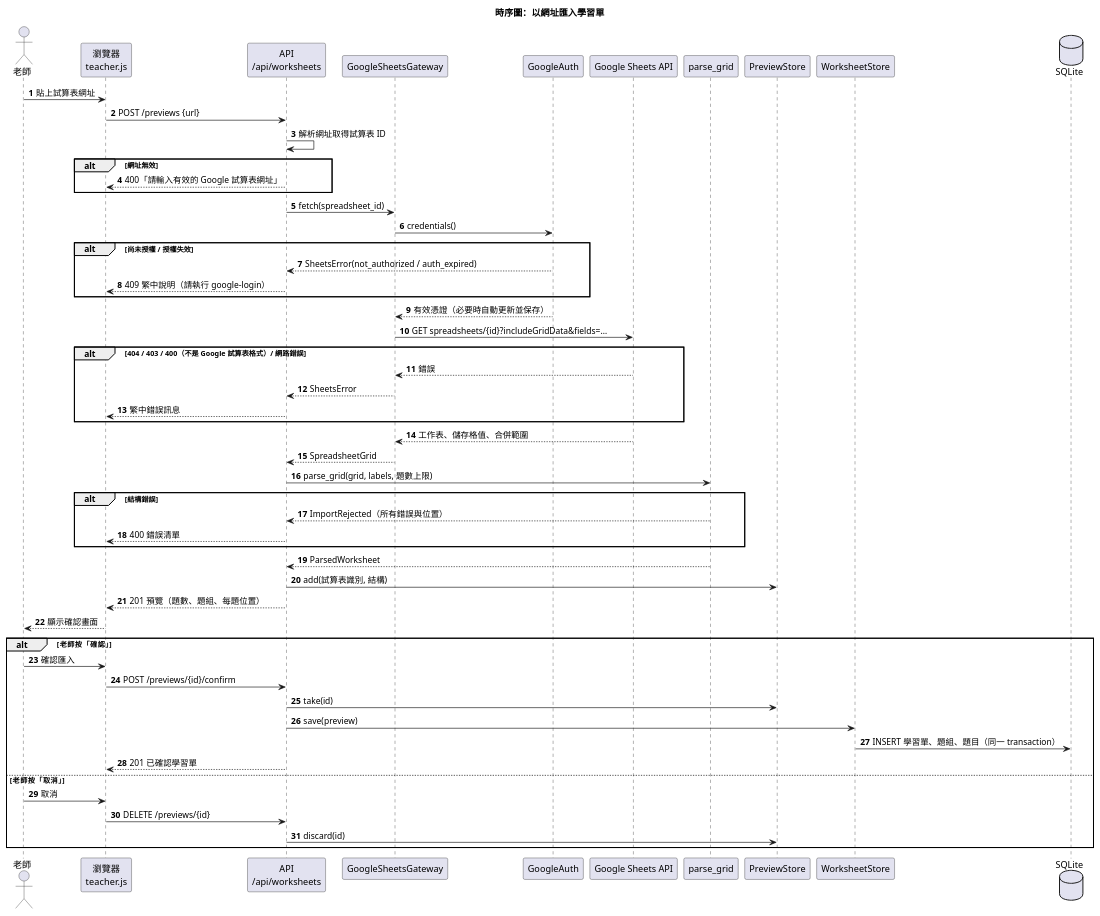
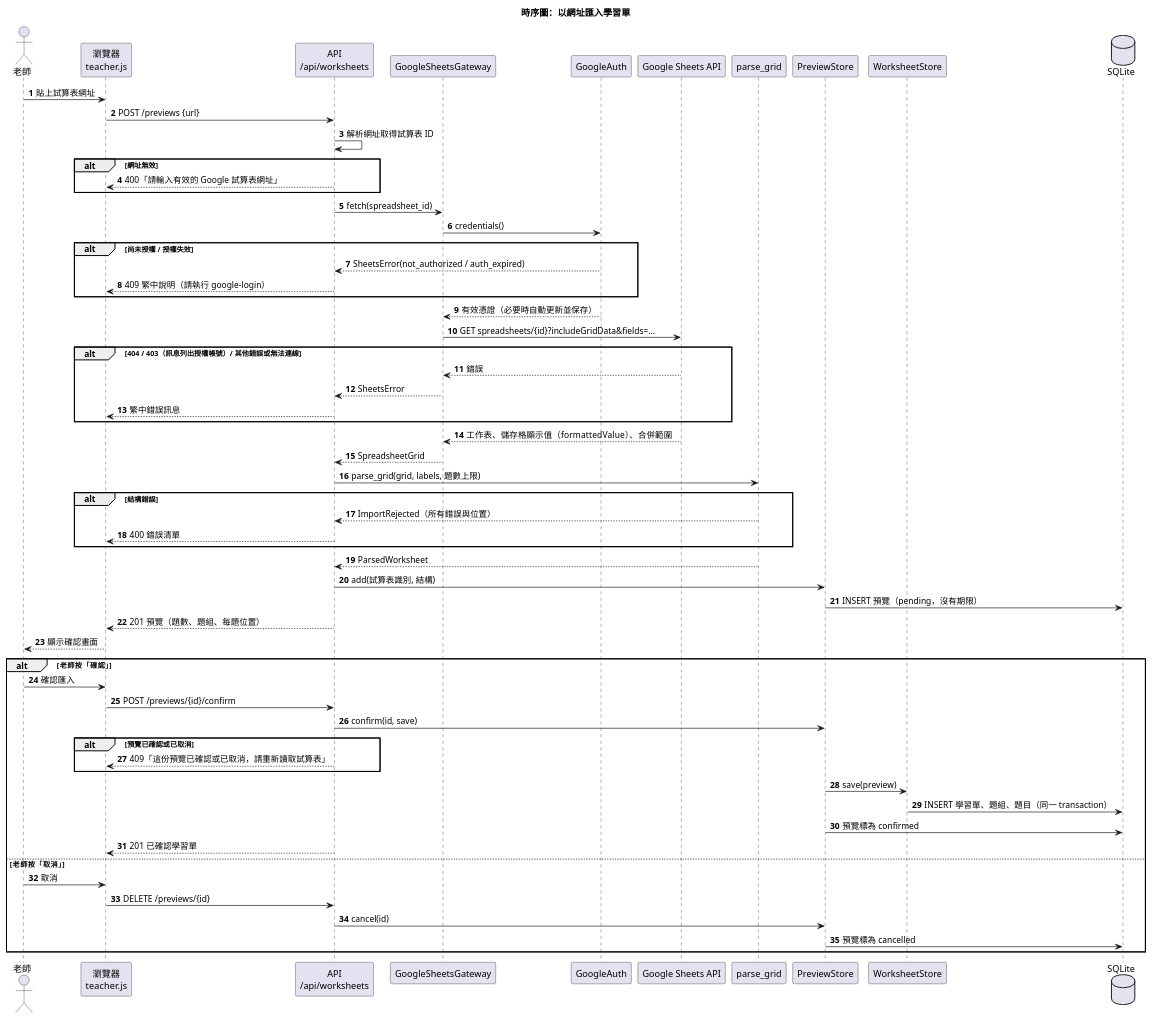
One commit to RemuDaiSuKi/SE_project changed the diagram in diagrams/sequence-import.puml. Above: the diagram before and after it, drawn with PlantUML. The commit also changed 50 other files, not shown here.

```diff
--- a/diagrams/sequence-import.puml
+++ b/diagrams/sequence-import.puml
@@ -1,60 +1,66 @@
 @startuml sequence-import
 title 時序圖：以網址匯入學習單
 skinparam defaultFontName "Microsoft JhengHei"
 autonumber
 
 actor "老師" as Teacher
 participant "瀏覽器\nteacher.js" as Browser
 participant "API\n/api/worksheets" as Api
 participant "GoogleSheetsGateway" as Gateway
 participant "GoogleAuth" as Auth
 participant "Google Sheets API" as Google
 participant "parse_grid" as Parser
 participant "PreviewStore" as Previews
 participant "WorksheetStore" as Store
 database "SQLite" as DB
 
 Teacher -> Browser : 貼上試算表網址
 Browser -> Api : POST /previews {url}
 Api -> Api : 解析網址取得試算表 ID
 alt 網址無效
   Api --> Browser : 400「請輸入有效的 Google 試算表網址」
 end
 Api -> Gateway : fetch(spreadsheet_id)
 Gateway -> Auth : credentials()
 alt 尚未授權 / 授權失效
   Auth --> Api : SheetsError(not_authorized / auth_expired)
   Api --> Browser : 409 繁中說明（請執行 google-login）
 end
 Auth --> Gateway : 有效憑證（必要時自動更新並保存）
 Gateway -> Google : GET spreadsheets/{id}?includeGridData&fields=…
-alt 404 / 403 / 400（不是 Google 試算表格式）/ 網路錯誤
+alt 404 / 403（訊息列出授權帳號）/ 其他錯誤或無法連線
   Google --> Gateway : 錯誤
   Gateway --> Api : SheetsError
   Api --> Browser : 繁中錯誤訊息
 end
-Google --> Gateway : 工作表、儲存格值、合併範圍
+Google --> Gateway : 工作表、儲存格顯示值（formattedValue）、合併範圍
 Gateway --> Api : SpreadsheetGrid
 Api -> Parser : parse_grid(grid, labels, 題數上限)
 alt 結構錯誤
   Parser --> Api : ImportRejected（所有錯誤與位置）
   Api --> Browser : 400 錯誤清單
 end
 Parser --> Api : ParsedWorksheet
 Api -> Previews : add(試算表識別, 結構)
+Previews -> DB : INSERT 預覽（pending，沒有期限）
 Api --> Browser : 201 預覽（題數、題組、每題位置）
 Browser --> Teacher : 顯示確認畫面
 
 alt 老師按「確認」
   Teacher -> Browser : 確認匯入
   Browser -> Api : POST /previews/{id}/confirm
-  Api -> Previews : take(id)
-  Api -> Store : save(preview)
+  Api -> Previews : confirm(id, save)
+  alt 預覽已確認或已取消
+    Api --> Browser : 409「這份預覽已確認或已取消，請重新讀取試算表」
+  end
+  Previews -> Store : save(preview)
   Store -> DB : INSERT 學習單、題組、題目（同一 transaction）
+  Previews -> DB : 預覽標為 confirmed
   Api --> Browser : 201 已確認學習單
 else 老師按「取消」
   Teacher -> Browser : 取消
   Browser -> Api : DELETE /previews/{id}
-  Api -> Previews : discard(id)
+  Api -> Previews : cancel(id)
+  Previews -> DB : 預覽標為 cancelled
 end
 @enduml
```
